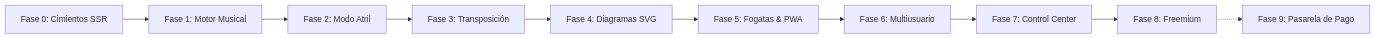
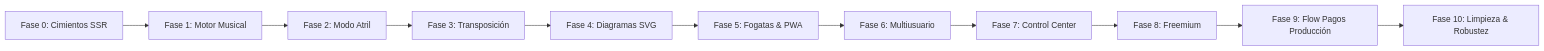
Before and after one commit to nativoaustral-bit/fogata: the first of 2 diagrams in README.md, drawn with Mermaid. The commit also changed other lines of this file, not shown here.

Commit message:
docs: actualizar README con Fase 9, Fase 10, robustez de parser y 209 tests

````diff
--- a/README.md
+++ b/README.md
@@ -63,12 +63,13 @@
 ```mermaid
 flowchart LR
     F0[Fase 0: Cimientos SSR] --> F1[Fase 1: Motor Musical]
     F1 --> F2[Fase 2: Modo Atril]
     F2 --> F3[Fase 3: Transposición]
     F3 --> F4[Fase 4: Diagramas SVG]
     F4 --> F5[Fase 5: Fogatas & PWA]
     F5 --> F6[Fase 6: Multiusuario]
     F6 --> F7[Fase 7: Control Center]
     F7 --> F8[Fase 8: Freemium]
-    F8 -.-> F9[Fase 9: Pasarela de Pago]
+    F8 --> F9[Fase 9: Flow Pagos Producción]
+    F9 --> F10[Fase 10: Limpieza & Robustez]
 ```
````
